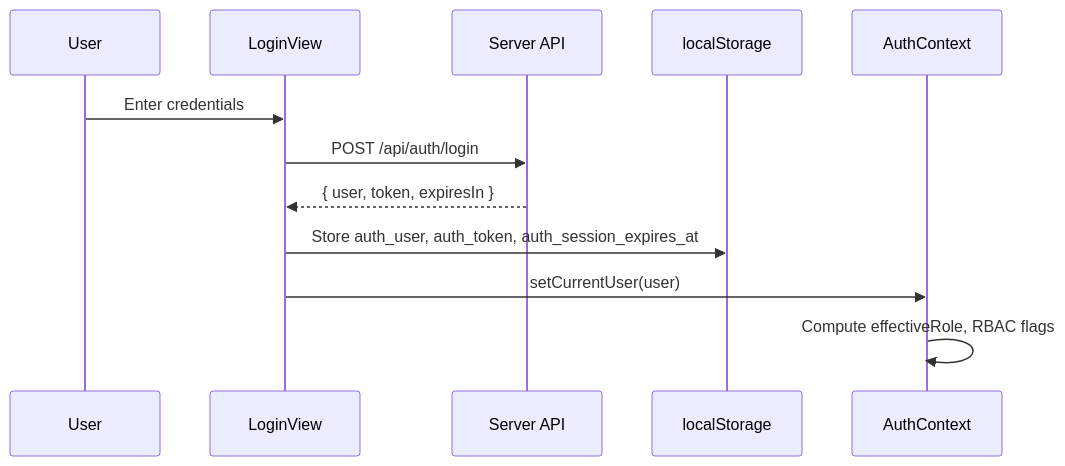
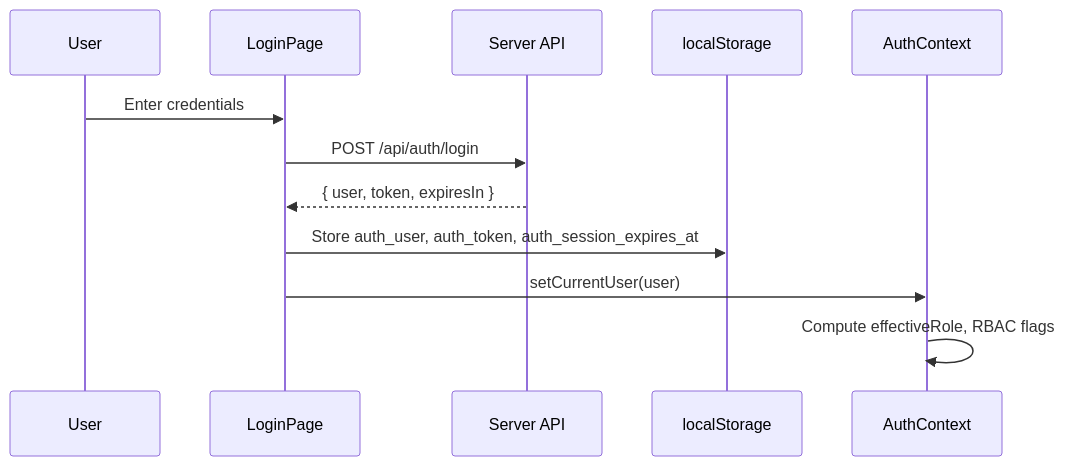
The second of 5 diagrams in docs/ARCHITECTURE.md (zigikralj/EGG_admin_client), drawn with Mermaid before and after one commit. The commit also changed other lines of this file, not shown here.

Commit message:
docs: update architecture documentation to reflect page renames and directory reorganization

````diff
--- a/docs/ARCHITECTURE.md
+++ b/docs/ARCHITECTURE.md
@@ -113,15 +113,15 @@
 ```mermaid
 sequenceDiagram
     participant U as User
-    participant L as LoginView
+    participant L as LoginPage
     participant API as Server API
     participant LS as localStorage
     participant AC as AuthContext
 
     U->>L: Enter credentials
     L->>API: POST /api/auth/login
     API-->>L: { user, token, expiresIn }
     L->>LS: Store auth_user, auth_token, auth_session_expires_at
     L->>AC: setCurrentUser(user)
     AC->>AC: Compute effectiveRole, RBAC flags
 ```
````
